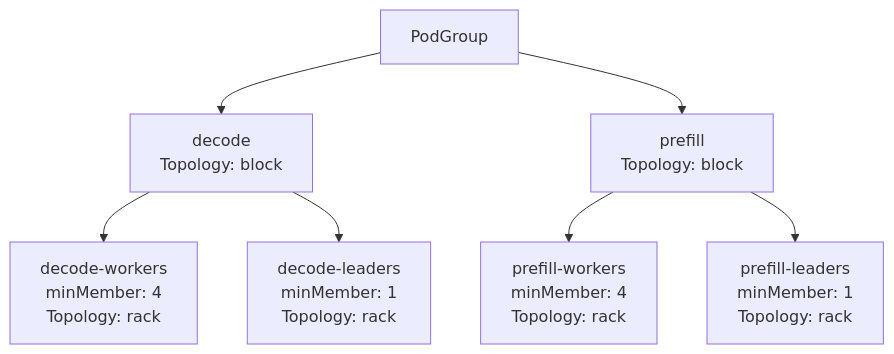
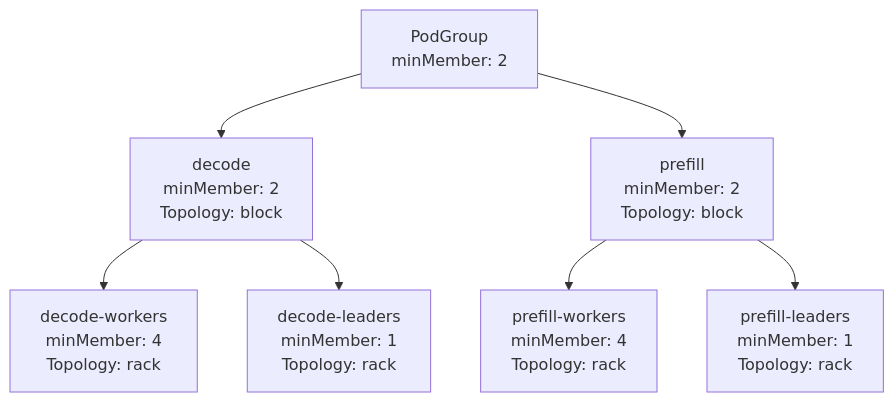
The second of 4 diagrams in docs/developer/designs/hierarchical-podgroup/README.md (slaupster/KAI-Scheduler), drawn with Mermaid before and after one commit. The commit also changed other lines of this file, not shown here.

````diff
--- a/docs/developer/designs/hierarchical-podgroup/README.md
+++ b/docs/developer/designs/hierarchical-podgroup/README.md
@@ -179,20 +189,20 @@
 ```mermaid
 graph TD
-    PG[PodGroup]
+    PG[PodGroup<br>minMember: 2]
 
-    Decode[decode<br>Topology: block]
+    Decode[decode<br>minMember: 2<br>Topology: block]
     DecodeWorkers[decode-workers<br>minMember: 4<br>Topology: rack]
     DecodeLeaders[decode-leaders<br>minMember: 1<br>Topology: rack]
 
-    Prefill[prefill<br>Topology: block]
+    Prefill[prefill<br>minMember: 2<br>Topology: block]
     PrefillWorkers[prefill-workers<br>minMember: 4<br>Topology: rack]
     PrefillLeaders[prefill-leaders<br>minMember: 1<br>Topology: rack]
 
     PG --> Decode
     Decode --> DecodeWorkers
     Decode --> DecodeLeaders
 
     PG --> Prefill
     Prefill --> PrefillWorkers
     Prefill --> PrefillLeaders
 ```
````
